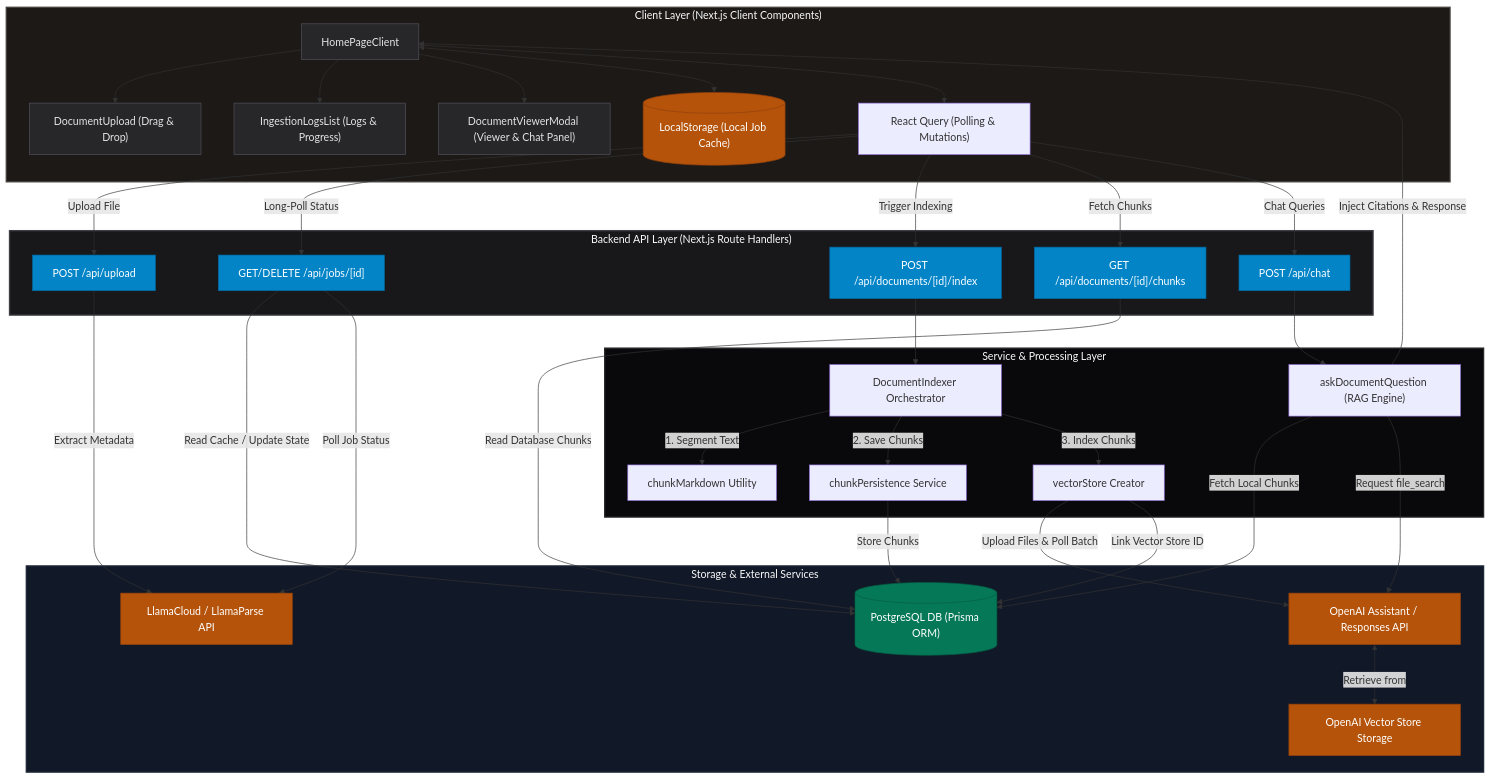
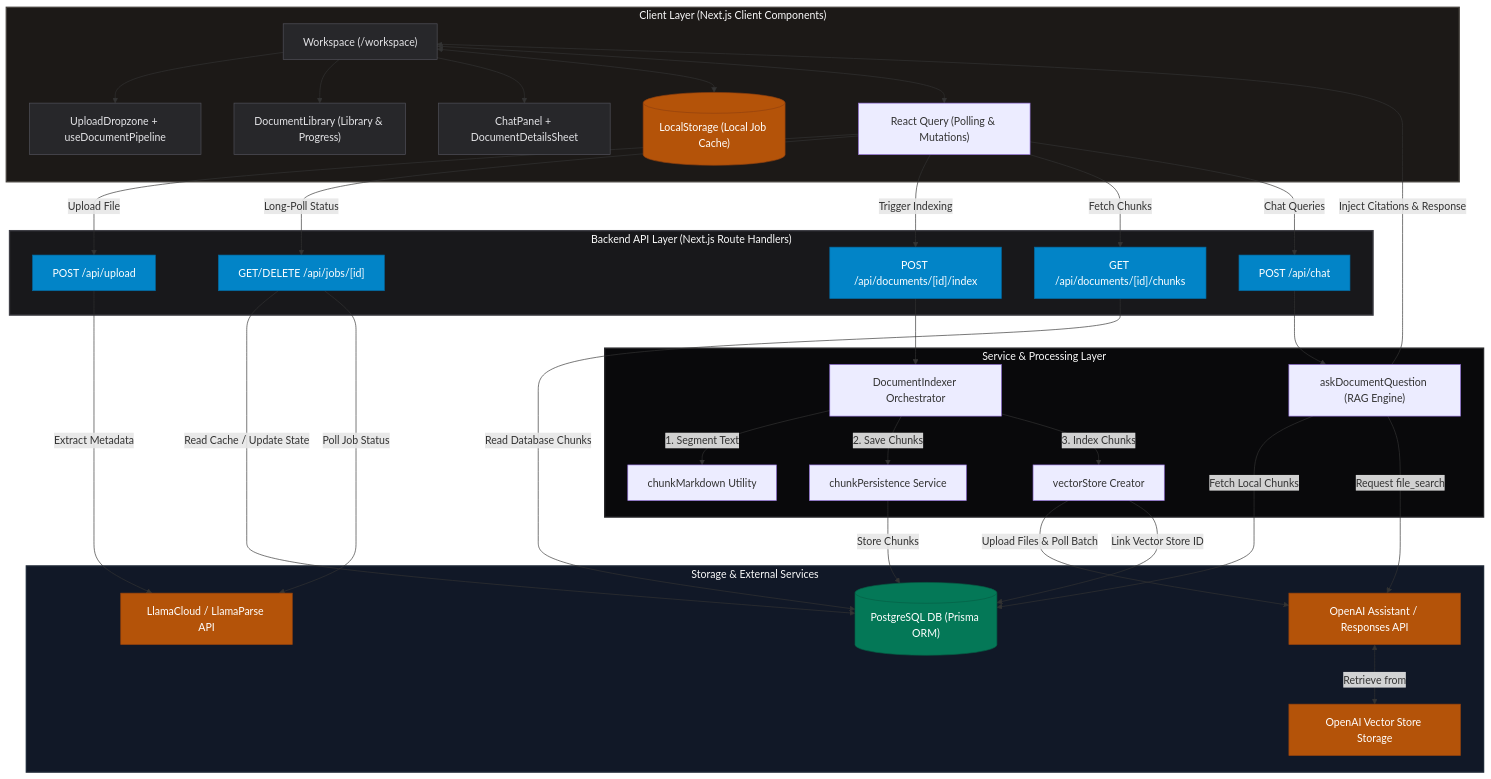
Before and after one commit to imRahul05/benefitlens: the diagram in README.md, drawn with Mermaid. The commit also changed other lines of this file and 24 other files, not shown here.

First line of the commit message:
feat: add landing page and merge ingestion + chat into a single workspace

```diff
--- a/README.md
+++ b/README.md
@@ -30,10 +38,10 @@
 flowchart TB
     %% Subgraphs
     subgraph Client ["Client Layer (Next.js Client Components)"]
-        A["HomePageClient"]
-        B["DocumentUpload (Drag & Drop)"]
-        C["IngestionLogsList (Logs & Progress)"]
-        D["DocumentViewerModal (Viewer & Chat Panel)"]
+        A["Workspace (/workspace)"]
+        B["UploadDropzone + useDocumentPipeline"]
+        C["DocumentLibrary (Library & Progress)"]
+        D["ChatPanel + DocumentDetailsSheet"]
         E[("LocalStorage (Local Job Cache)")]
         F["React Query (Polling & Mutations)"]
     end
```
